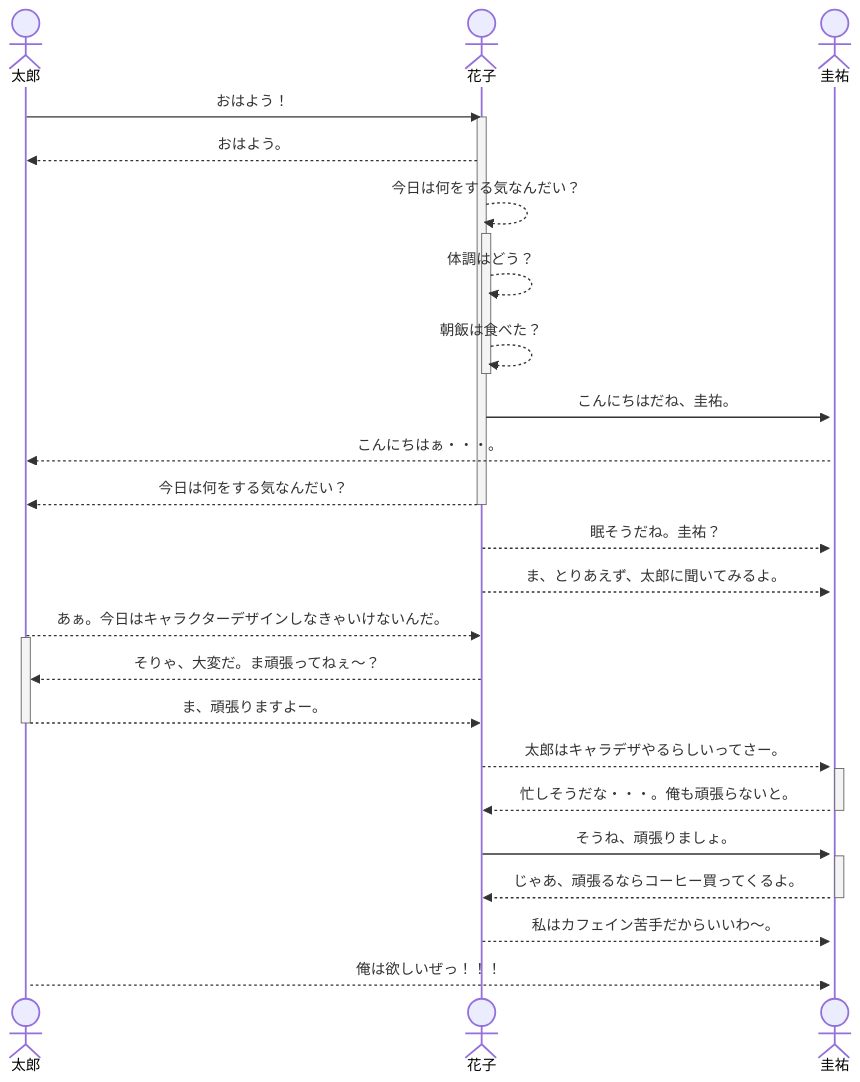
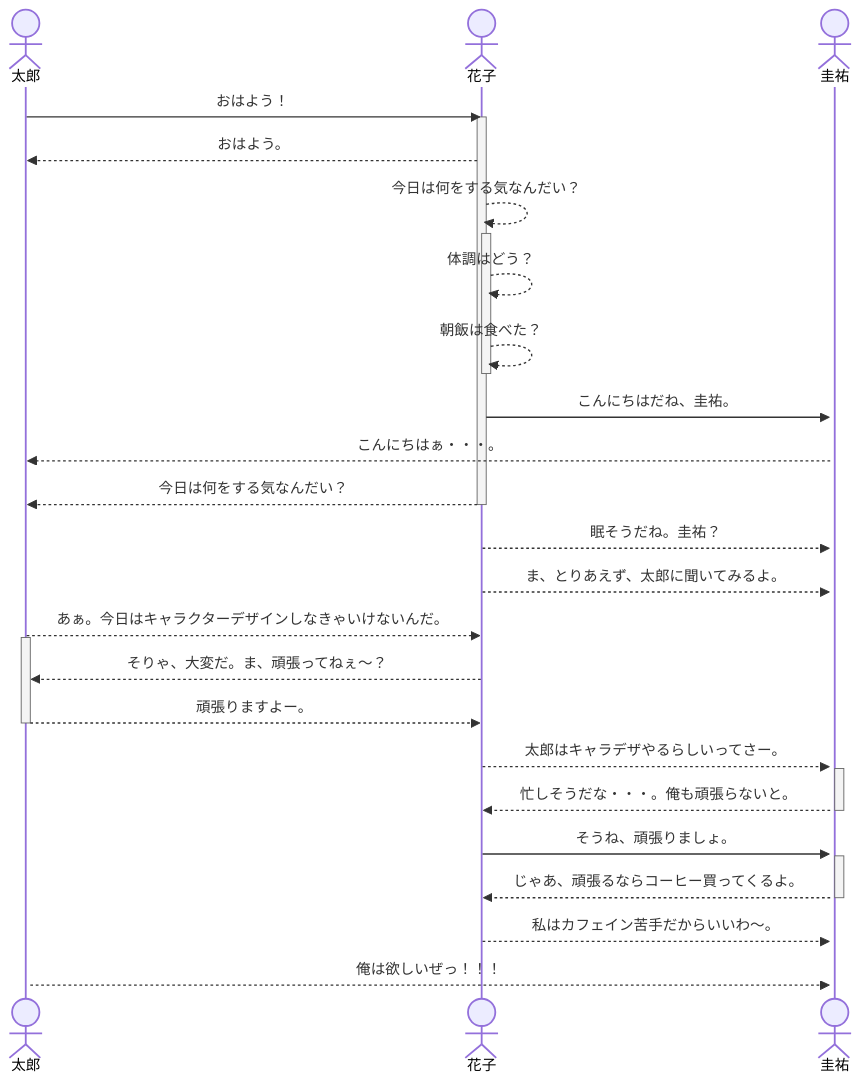
One commit to tpu-game-2023/mermaid_test changed the second of 3 diagrams in README.md. Above: the diagram before and after it, drawn with Mermaid. The commit also changed other lines of this file, not shown here.

Commit message:
シーケンス図とクラス図の追加

````diff
--- a/README.md
+++ b/README.md
@@ -44,38 +44,38 @@
 ```mermaid
 sequenceDiagram
     actor 太郎
     actor 花子
     actor 圭祐
     太郎->>花子: おはよう！
     activate 花子
     花子-->>太郎: おはよう。
     花子-->> 花子: 今日は何をする気なんだい？
     activate 花子
     花子-->> 花子: 体調はどう？
     花子-->> 花子: 朝飯は食べた？
     deactivate 花子
     activate 圭祐
     花子->> 圭祐: こんにちはだね、圭祐。
     圭祐-->>太郎: こんにちはぁ・・・。
     花子-->> 太郎: 今日は何をする気なんだい？
     deactivate 花子
     花子-->> 圭祐: 眠そうだね。圭祐？
     花子-->> 圭祐: ま、とりあえず、太郎に聞いてみるよ。
     太郎-->> 花子: あぁ。今日はキャラクターデザインしなきゃいけないんだ。
     activate 太郎
-    花子-->>太郎 : そりゃ、大変だ。ま頑張ってねぇ～？
-    太郎-->>花子 : ま、頑張りますよー。
+    花子-->>太郎 : そりゃ、大変だ。ま、頑張ってねぇ～？
+    太郎-->>花子 : 頑張りますよー。
     deactivate 太郎
     花子-->> 圭祐: 太郎はキャラデザやるらしいってさー。
     activate 圭祐
     圭祐-->>花子: 忙しそうだな・・・。俺も頑張らないと。
     deactivate 圭祐
     花子->>圭祐: そうね、頑張りましょ。
     activate 圭祐
     圭祐-->>花子: じゃあ、頑張るならコーヒー買ってくるよ。
     deactivate 圭祐
     花子-->> 圭祐:私はカフェイン苦手だからいいわ～。
     activate 太郎
     太郎-->>圭祐: 俺は欲しいぜっ！！！
     
 ```
````
